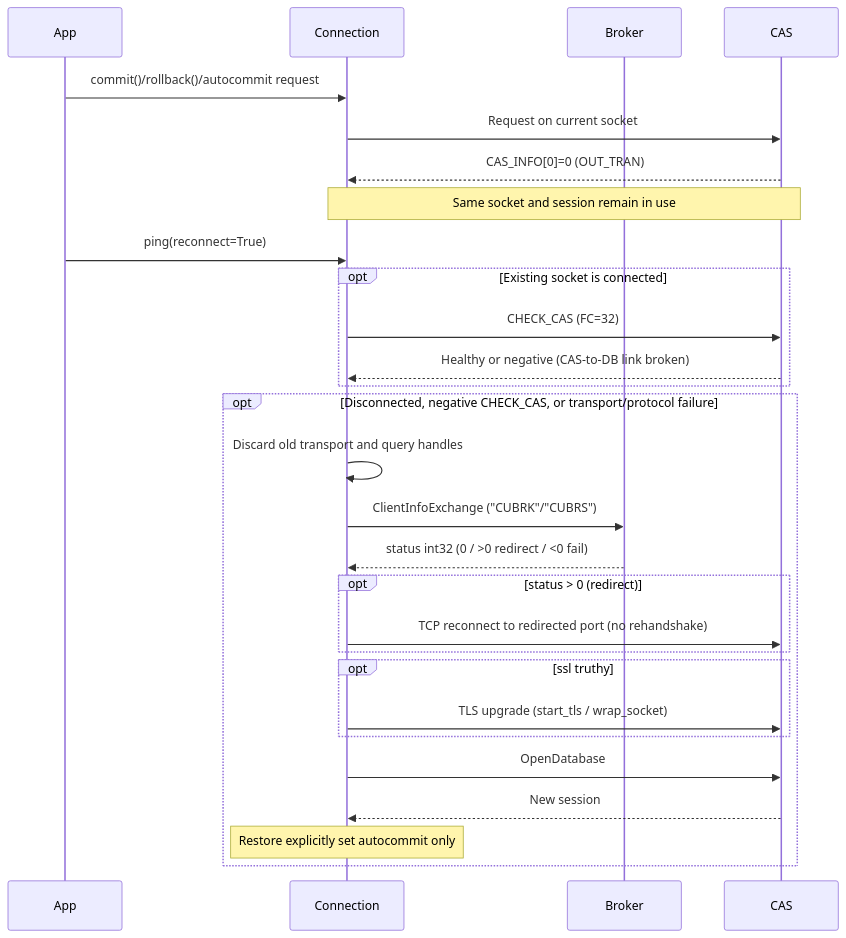
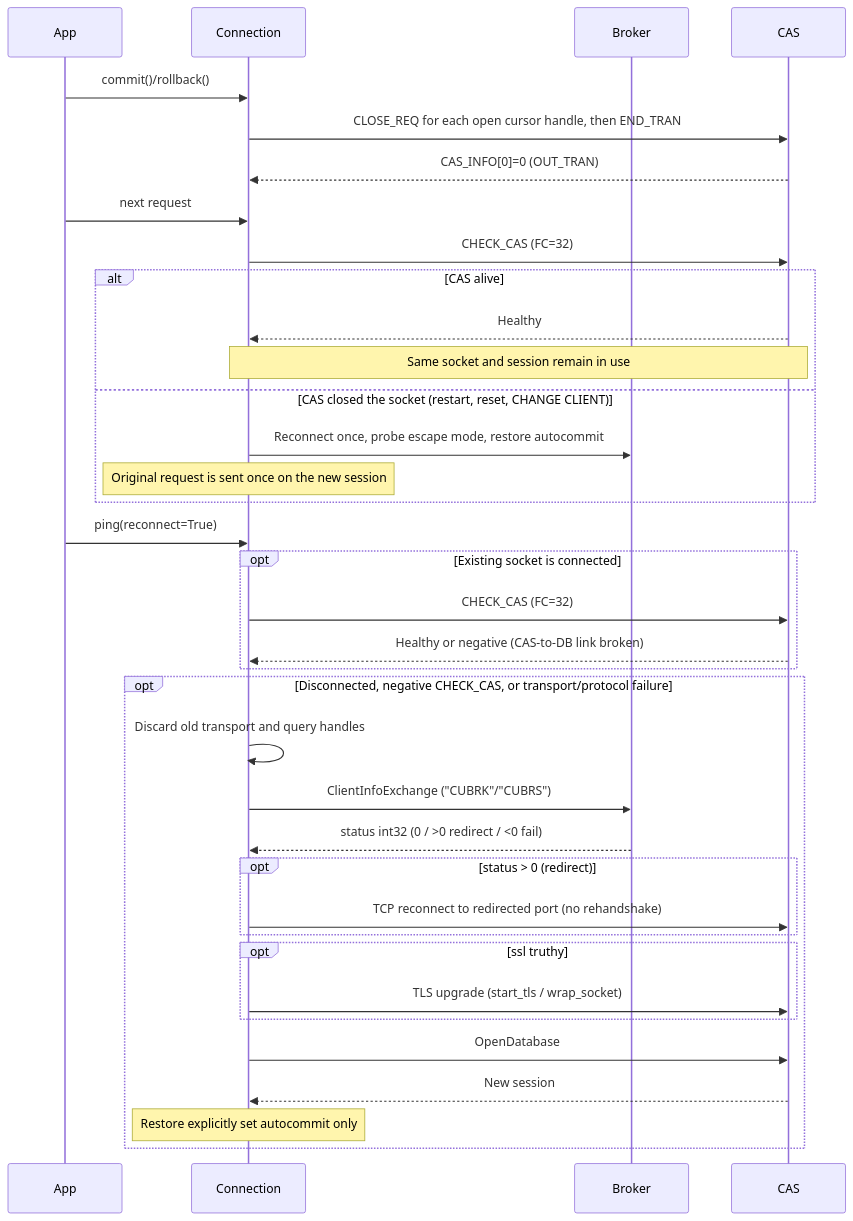
One commit to cubrid-lab/pycubrid changed the third of 5 diagrams in docs/ARCHITECTURE.md. Above: the diagram before and after it, drawn with Mermaid. The commit also changed other lines of this file and 34 other files, not shown here.

````diff
--- a/docs/ARCHITECTURE.md
+++ b/docs/ARCHITECTURE.md
@@ -92,31 +104,39 @@
 ```mermaid
 sequenceDiagram
     participant App
     participant Connection
     participant Broker
     participant CAS
 
-    App->>Connection: commit()/rollback()/autocommit request
-    Connection->>CAS: Request on current socket
+    App->>Connection: commit()/rollback()
+    Connection->>CAS: CLOSE_REQ for each open cursor handle, then END_TRAN
     CAS-->>Connection: CAS_INFO[0]=0 (OUT_TRAN)
-    note over Connection,CAS: Same socket and session remain in use
+    App->>Connection: next request
+    Connection->>CAS: CHECK_CAS (FC=32)
+    alt CAS alive
+      CAS-->>Connection: Healthy
+      note over Connection,CAS: Same socket and session remain in use
+    else CAS closed the socket (restart, reset, CHANGE CLIENT)
+      Connection->>Broker: Reconnect once, probe escape mode, restore autocommit
+      note over Connection: Original request is sent once on the new session
+    end
     App->>Connection: ping(reconnect=True)
     opt Existing socket is connected
       Connection->>CAS: CHECK_CAS (FC=32)
       CAS-->>Connection: Healthy or negative (CAS-to-DB link broken)
     end
     opt Disconnected, negative CHECK_CAS, or transport/protocol failure
       Connection->>Connection: Discard old transport and query handles
       Connection->>Broker: ClientInfoExchange ("CUBRK"/"CUBRS")
       Broker-->>Connection: status int32 (0 / >0 redirect / <0 fail)
       opt status > 0 (redirect)
         Connection->>CAS: TCP reconnect to redirected port (no rehandshake)
       end
       opt ssl truthy
         Connection->>CAS: TLS upgrade (start_tls / wrap_socket)
       end
       Connection->>CAS: OpenDatabase
       CAS-->>Connection: New session
       note over Connection: Restore explicitly set autocommit only
     end
 ```
````
